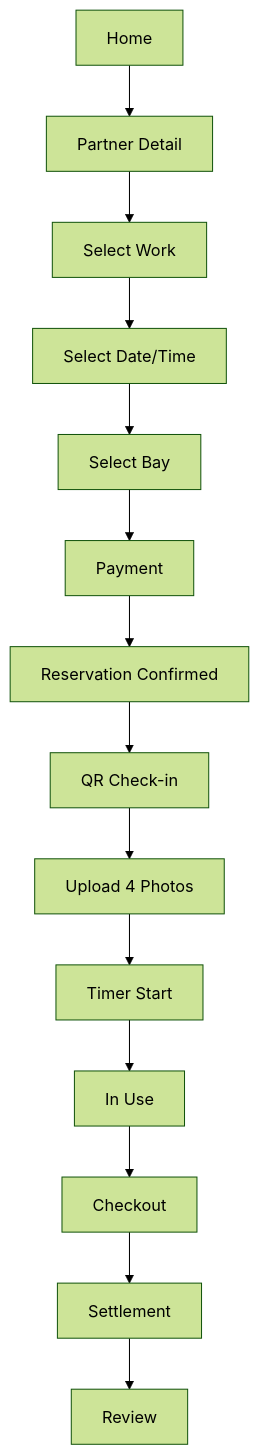
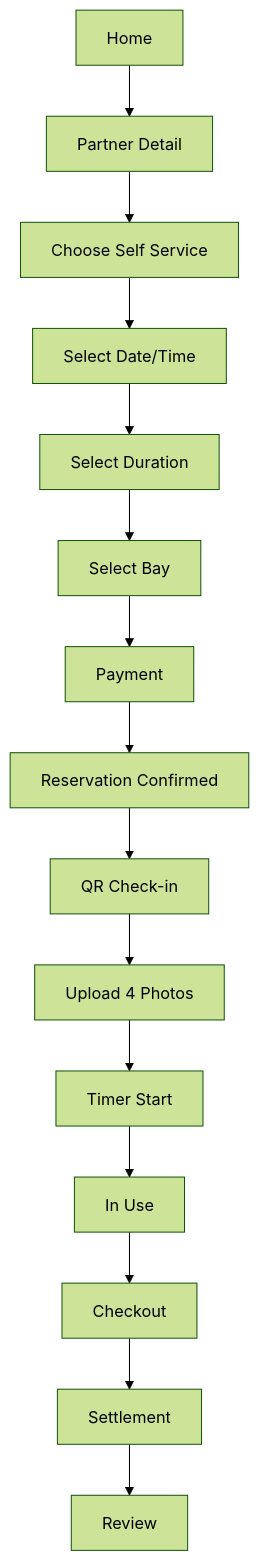
Before and after one commit to CWDll/pitNow: the first of 2 diagrams in docs/UserFlow_MVP.md, drawn with Mermaid (forest theme). The commit also changed other lines of this file and 6 other files, not shown here.

````diff
--- a/docs/UserFlow_MVP.md
+++ b/docs/UserFlow_MVP.md
@@ -5,16 +5,17 @@
 ```mermaid
 flowchart TD
 A[Home] --> B[Partner Detail]
-B --> C[Select Work]
+B --> C[Choose Self Service]
 C --> D[Select Date/Time]
-D --> E[Select Bay]
-E --> F[Payment]
-F --> G[Reservation Confirmed]
-G --> H[QR Check-in]
-H --> I[Upload 4 Photos]
-I --> J[Timer Start]
-J --> K[In Use]
-K --> L[Checkout]
-L --> M[Settlement]
-M --> N[Review]
+D --> E[Select Duration]
+E --> F[Select Bay]
+F --> G[Payment]
+G --> H[Reservation Confirmed]
+H --> I[QR Check-in]
+I --> J[Upload 4 Photos]
+J --> K[Timer Start]
+K --> L[In Use]
+L --> M[Checkout]
+M --> N[Settlement]
+N --> O[Review]
 ```
````
